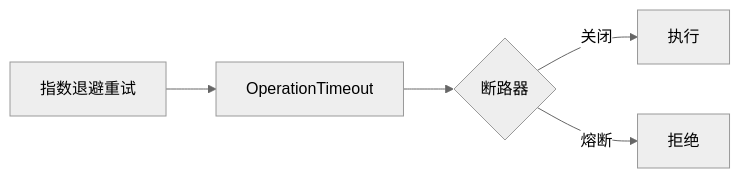
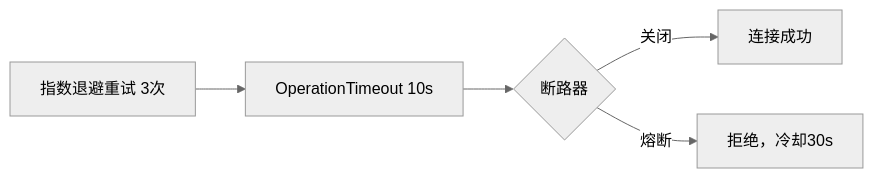
Before and after one commit to justinzhou0928/Plc-Library: the sixth of 7 diagrams in DEVELOPMENT.md, drawn with Mermaid. The commit also changed other lines of this file and 5 other files, not shown here.

````diff
--- a/DEVELOPMENT.md
+++ b/DEVELOPMENT.md
@@ -405,8 +393,8 @@
 ```mermaid
 %%{init: {'theme': 'neutral'}}%%
 flowchart LR
-    重试[指数退避重试] --> 超时[OperationTimeout]
+    重试[指数退避重试 3次] --> 超时[OperationTimeout 10s]
     超时 --> CB{断路器}
-    CB -->|关闭| OK[执行]
-    CB -->|熔断| REJ[拒绝]
+    CB -->|关闭| OK[连接成功]
+    CB -->|熔断| REJ[拒绝，冷却30s]
 ```
````
